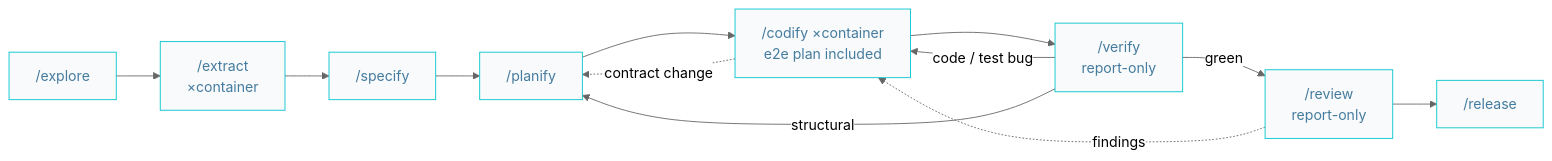
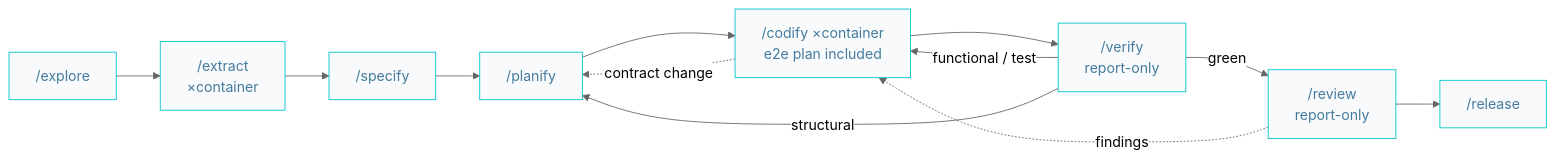
Before and after one commit to AIDDbot/AIDDbot: the third of 10 diagrams in docs/AIDD.workflow.md, drawn with Mermaid (neutral theme). The commit also changed other lines of this file and 20 other files, not shown here.

````diff
--- a/docs/AIDD.workflow.md
+++ b/docs/AIDD.workflow.md
@@ -60,17 +61,17 @@
 ```mermaid
 flowchart LR
   classDef nd fill:#f8fafc,stroke:#00c4cc,color:#457b9d
 
   EXP["/explore"]:::nd --> EXT["/extract<br/>×container"]:::nd
   EXT --> SPC["/specify"]:::nd
   SPC --> PLN["/planify"]:::nd
   PLN --> COD["/codify ×container<br/>e2e plan included"]:::nd
   COD --> VER["/verify<br/>report-only"]:::nd
   VER -->|green| REV["/review<br/>report-only"]:::nd
   REV --> REL["/release"]:::nd
 
-  VER -->|code / test bug| COD
+  VER -->|functional / test| COD
   VER -->|structural| PLN
   REV -.findings.-> COD
   COD -.contract change.-> PLN
 ```
````
